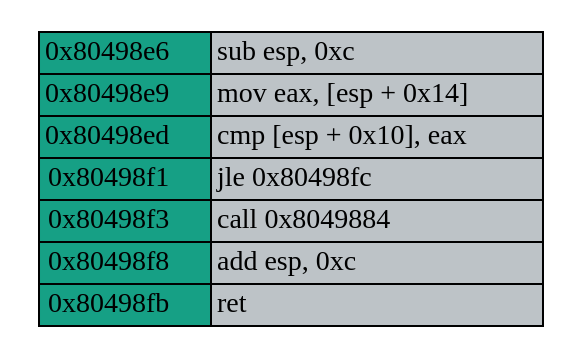
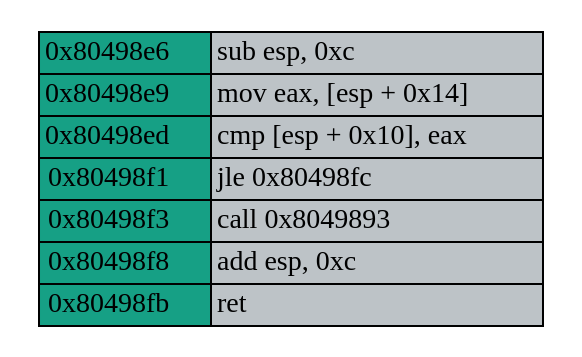
The diagram in VM/tools-paper/Examples/example-ineq-a>a+1/function_cfg.dot (Nicolnegg/researh), drawn with Graphviz before and after one commit. The commit also changed 5 other files, not shown here.

```diff
--- a/VM/tools-paper/Examples/example-ineq-a>a+1/function_cfg.dot
+++ b/VM/tools-paper/Examples/example-ineq-a>a+1/function_cfg.dot
@@ -1,16 +1,16 @@
 digraph G {
   node [shape=plaintext, ];
   937280693 [label=<<table border="0" cellspacing="0">
 <tr><td border="1" bgcolor="#16a085">0x80498e6</td><td border="1" bgcolor="#bdc3c7" align="left">sub esp, 0xc</td></tr>
 <tr><td border="1" bgcolor="#16a085">0x80498e9</td><td border="1" bgcolor="#bdc3c7" align="left">mov eax, [esp + 0x14]</td></tr>
 <tr><td border="1" bgcolor="#16a085">0x80498ed</td><td border="1" bgcolor="#bdc3c7" align="left">cmp [esp + 0x10], eax</td></tr>
 <tr><td border="1" bgcolor="#16a085">0x80498f1</td><td border="1" bgcolor="#bdc3c7" align="left">jle 0x80498fc</td></tr>
-<tr><td border="1" bgcolor="#16a085">0x80498f3</td><td border="1" bgcolor="#bdc3c7" align="left">call 0x8049884</td></tr>
+<tr><td border="1" bgcolor="#16a085">0x80498f3</td><td border="1" bgcolor="#bdc3c7" align="left">call 0x8049893</td></tr>
 <tr><td border="1" bgcolor="#16a085">0x80498f8</td><td border="1" bgcolor="#bdc3c7" align="left">add esp, 0xc</td></tr>
 <tr><td border="1" bgcolor="#16a085">0x80498fb</td><td border="1" bgcolor="#bdc3c7" align="left">ret</td></tr>
 </table>>,
              ];
   
   
   
   }
```
